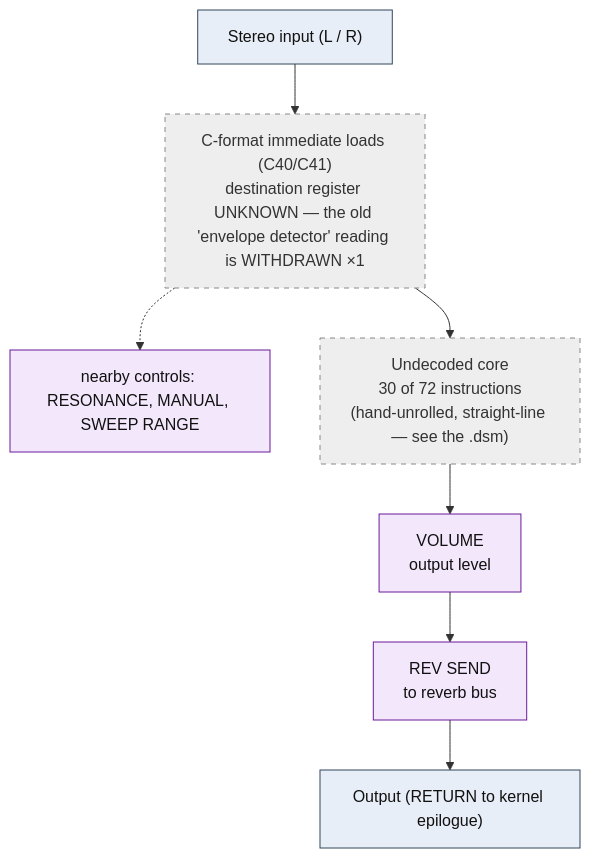
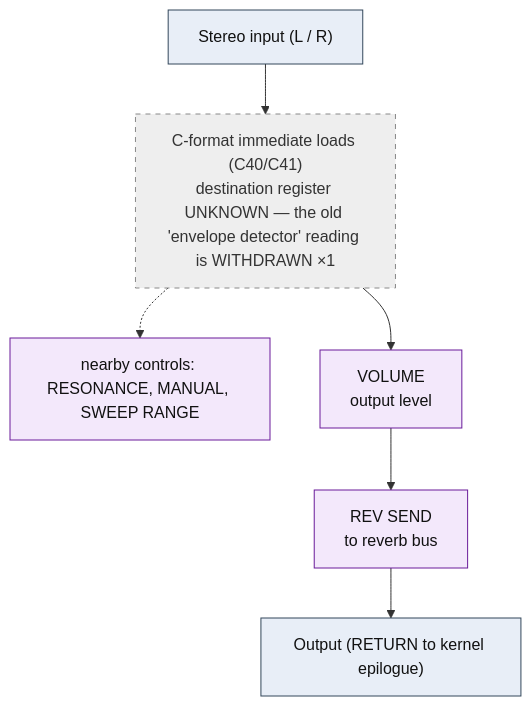
One commit to ArqueologiaDigital/kn5000-roms-disasm changed the diagram in dsp/flowcharts/prog52_auto_wah.md. Above: the diagram before and after it, drawn with Mermaid. The commit also changed other lines of this file and 39 other files, not shown here.

First line of the commit message:
dsp: annotate all flowcharts with the classic effect topology each shape matches

````diff
--- a/dsp/flowcharts/prog52_auto_wah.md
+++ b/dsp/flowcharts/prog52_auto_wah.md
@@ -12,26 +12,24 @@
 ```mermaid
 flowchart TD
     N0["Stereo input (L / R)"]
     N1["C-format immediate loads (C40/C41)<br/>destination register UNKNOWN &mdash; the old 'envelope detector' reading is WITHDRAWN &times;1"]
     N0 --> N1
     N2["nearby controls: RESONANCE, MANUAL, SWEEP RANGE"]
     N1 -.-> N2
-    N3["Undecoded core<br/>30 of 72 instructions<br/>(hand-unrolled, straight-line &mdash; see the .dsm)"]
+    N3["VOLUME<br/>output level"]
     N1 --> N3
-    N4["VOLUME<br/>output level"]
+    N4["REV SEND<br/>to reverb bus"]
     N3 --> N4
-    N5["REV SEND<br/>to reverb bus"]
+    N5["Output (RETURN to kernel epilogue)"]
     N4 --> N5
-    N6["Output (RETURN to kernel epilogue)"]
-    N5 --> N6
 
     classDef io fill:#e8eef7,stroke:#33475b,stroke-width:1px,color:#111;
     classDef proven fill:#d7f0d7,stroke:#2e7d32,stroke-width:2px,color:#111;
     classDef measured fill:#dbe9fb,stroke:#1565c0,stroke-width:1.5px,color:#111;
     classDef inferred fill:#fdf0d5,stroke:#b8860b,stroke-width:1.5px,color:#111;
     classDef open fill:#eeeeee,stroke:#888,stroke-width:1px,color:#333,stroke-dasharray:5 5;
     classDef ctrl fill:#f3e8fb,stroke:#6a1b9a,stroke-width:1px,color:#111;
-    class N0,N6 io;
-    class N1,N3 open;
-    class N2,N4,N5 ctrl;
+    class N0,N5 io;
+    class N1 open;
+    class N2,N3,N4 ctrl;
 ```
````
